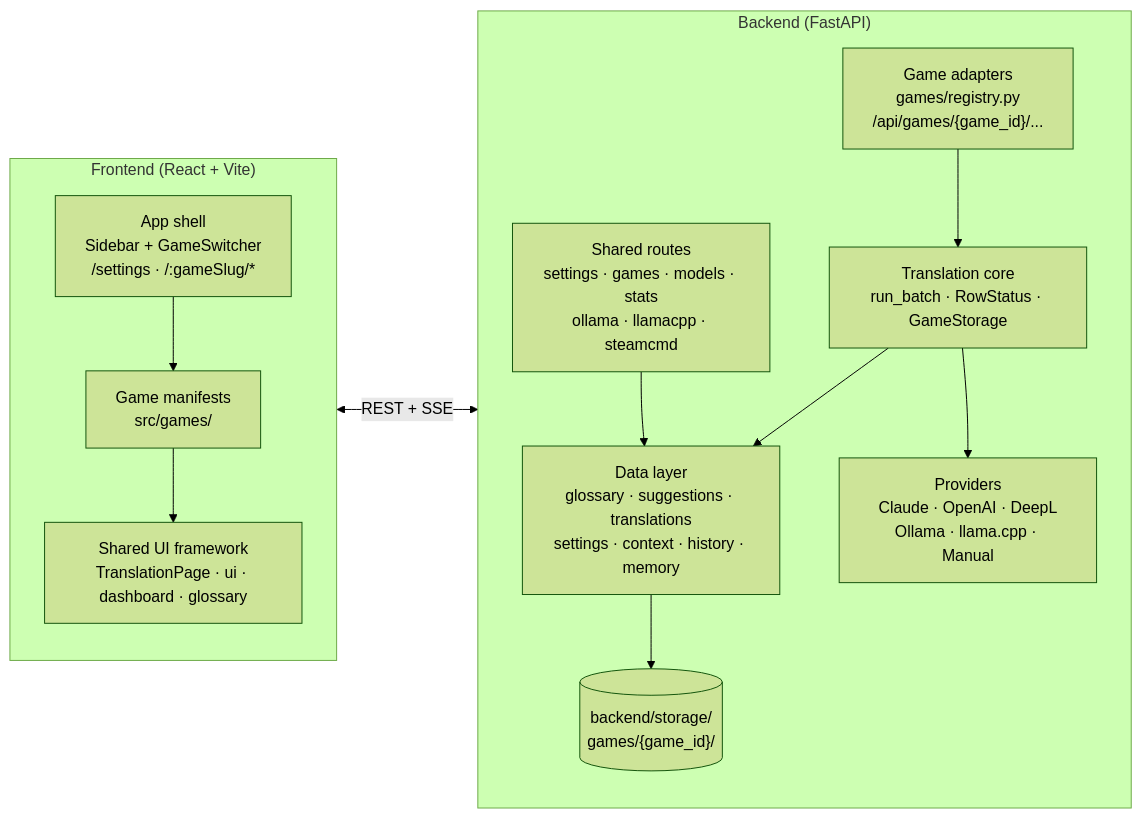
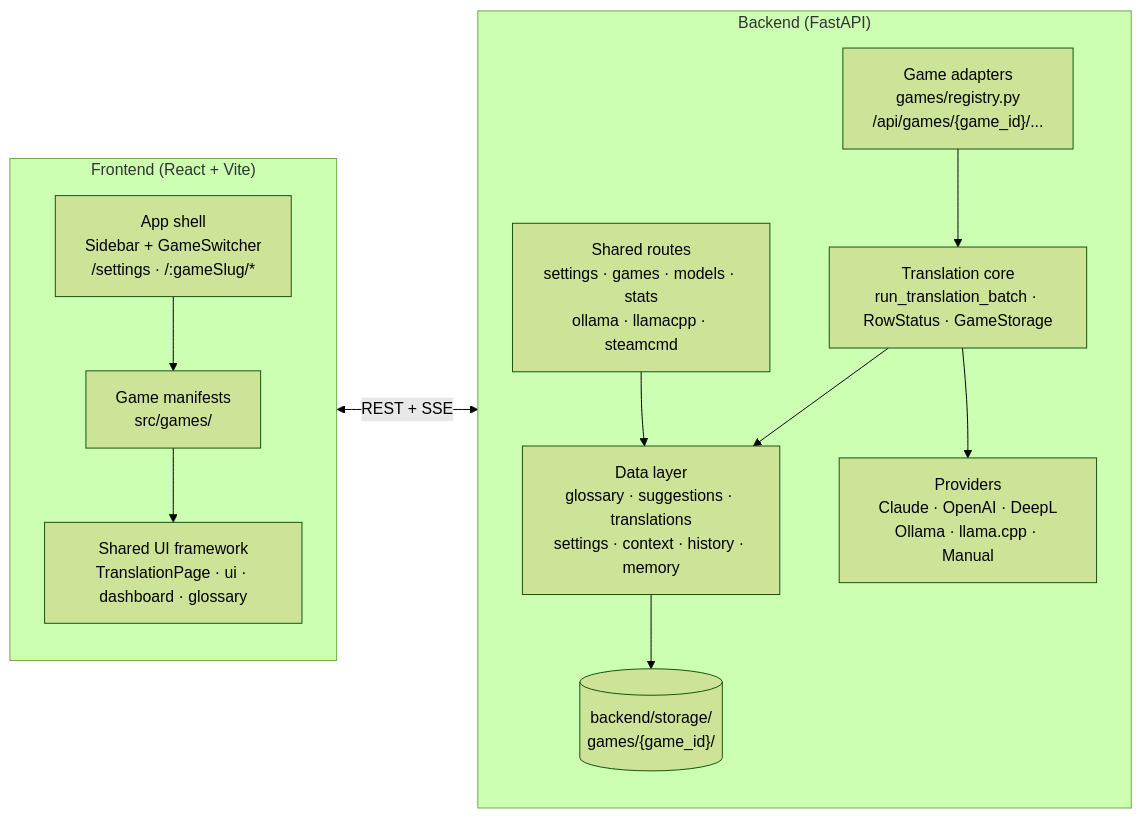
One commit to steve1316/steam-workshop-modding-dashboard changed the first of 2 diagrams in README.md. Above: the diagram before and after it, drawn with Mermaid (forest theme). The commit also changed other lines of this file, not shown here.

````diff
--- a/README.md
+++ b/README.md
@@ -103,25 +106,25 @@
 ```mermaid
 flowchart LR
     subgraph FE["Frontend (React + Vite)"]
         direction TB
         Shell["App shell<br/>Sidebar + GameSwitcher<br/>/settings · /:gameSlug/*"]
         Manifests["Game manifests<br/>src/games/"]
         UIKit["Shared UI framework<br/>TranslationPage · ui · dashboard · glossary"]
         Shell --> Manifests --> UIKit
     end
 
     subgraph BE["Backend (FastAPI)"]
         direction TB
         Shared["Shared routes<br/>settings · games · models · stats<br/>ollama · llamacpp · steamcmd"]
         Adapters["Game adapters<br/>games/registry.py<br/>/api/games/{game_id}/..."]
-        Core["Translation core<br/>run_batch · RowStatus · GameStorage"]
+        Core["Translation core<br/>run_translation_batch · RowStatus · GameStorage"]
         Providers["Providers<br/>Claude · OpenAI · DeepL<br/>Ollama · llama.cpp · Manual"]
         Data["Data layer<br/>glossary · suggestions · translations<br/>settings · context · history · memory"]
         Disk[("backend/storage/<br/>games/{game_id}/")]
         Shared --> Data
         Adapters --> Core --> Providers
         Core --> Data --> Disk
     end
 
     FE <-- "REST + SSE" --> BE
 ```
````
